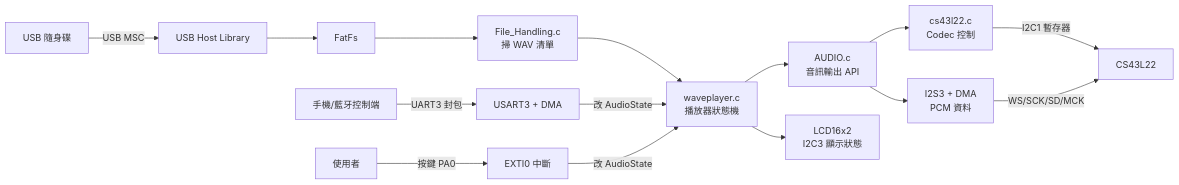
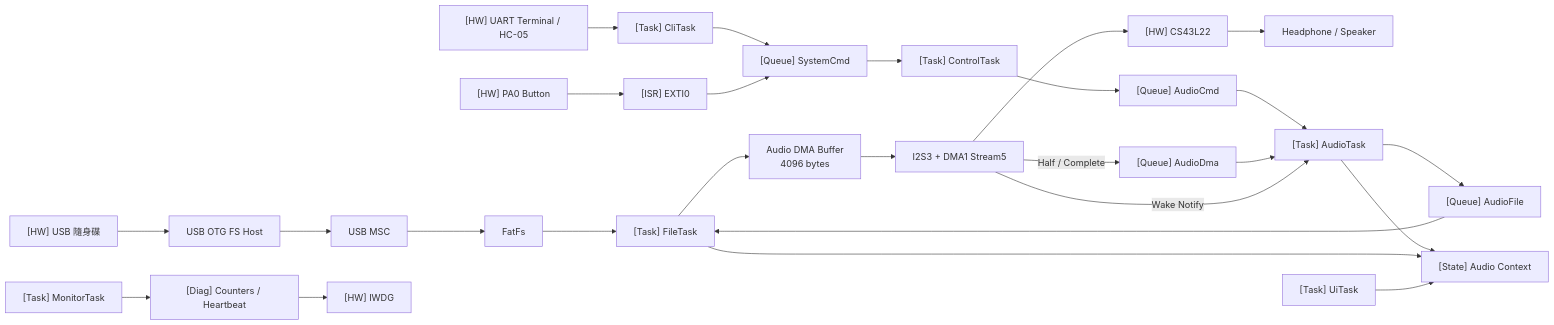
One commit to JiaChangGit/Embedded-operating-systems-NCKU changed the first of 13 diagrams in USB_MP3/graph_mp3.md. Above: the diagram before and after it, drawn with Mermaid. The commit also changed other lines of this file and 72 other files, not shown here.

````diff
--- a/USB_MP3/graph_mp3.md
+++ b/USB_MP3/graph_mp3.md
@@ -13,17 +25,30 @@
 ```mermaid
 flowchart LR
-    User["使用者"] -->|"按鍵 PA0"| EXTI["EXTI0 中斷"]
-    Phone["手機/藍牙控制端"] -->|"UART3 封包"| UART["USART3 + DMA"]
-    USB["USB 隨身碟"] -->|"USB MSC"| USBH["USB Host Library"]
-    USBH --> FATFS["FatFs"]
-    FATFS --> FileHandling["File_Handling.c<br/>掃 WAV 清單"]
-    FileHandling --> WavePlayer["waveplayer.c<br/>播放器狀態機"]
-    UART -->|"改 AudioState"| WavePlayer
-    EXTI -->|"改 AudioState"| WavePlayer
-    WavePlayer --> Audio["AUDIO.c<br/>音訊輸出 API"]
-    Audio --> Codec["cs43l22.c<br/>Codec 控制"]
-    Audio --> I2S["I2S3 + DMA<br/>PCM 資料"]
-    Codec -->|"I2C1 暫存器"| Chip["CS43L22"]
-    I2S -->|"WS/SCK/SD/MCK"| Chip
-    WavePlayer --> LCD["LCD16x2<br/>I2C3 顯示狀態"]
+    USB["[HW] USB 隨身碟"] --> OTG["USB OTG FS Host"]
+    OTG --> MSC["USB MSC"]
+    MSC --> FAT["FatFs"]
+    FAT --> FILE["[Task] FileTask"]
+    FILE --> BUF["Audio DMA Buffer<br/>4096 bytes"]
+    BUF --> DMA["I2S3 + DMA1 Stream5"]
+    DMA --> CODEC["[HW] CS43L22"]
+    CODEC --> OUT["Headphone / Speaker"]
+
+    TERM["[HW] UART Terminal / HC-05"] --> CLI["[Task] CliTask"]
+    BTN["[HW] PA0 Button"] --> EXTI["[ISR] EXTI0"]
+    CLI --> CMDQ["[Queue] SystemCmd"]
+    EXTI --> CMDQ
+    CMDQ --> CTRL["[Task] ControlTask"]
+    CTRL --> AUDIOQ["[Queue] AudioCmd"]
+    AUDIOQ --> AUDIO["[Task] AudioTask"]
+    AUDIO --> FILEQ["[Queue] AudioFile"]
+    FILEQ --> FILE
+
+    DMA -->|"Half / Complete"| DMAQ["[Queue] AudioDma"]
+    DMAQ --> AUDIO
+    DMA -->|"Wake Notify"| AUDIO
+    AUDIO --> STATE["[State] Audio Context"]
+    FILE --> STATE
+    UI["[Task] UiTask"] --> STATE
+    MON["[Task] MonitorTask"] --> DIAG["[Diag] Counters / Heartbeat"]
+    DIAG --> IWDG["[HW] IWDG"]
 ```
````
